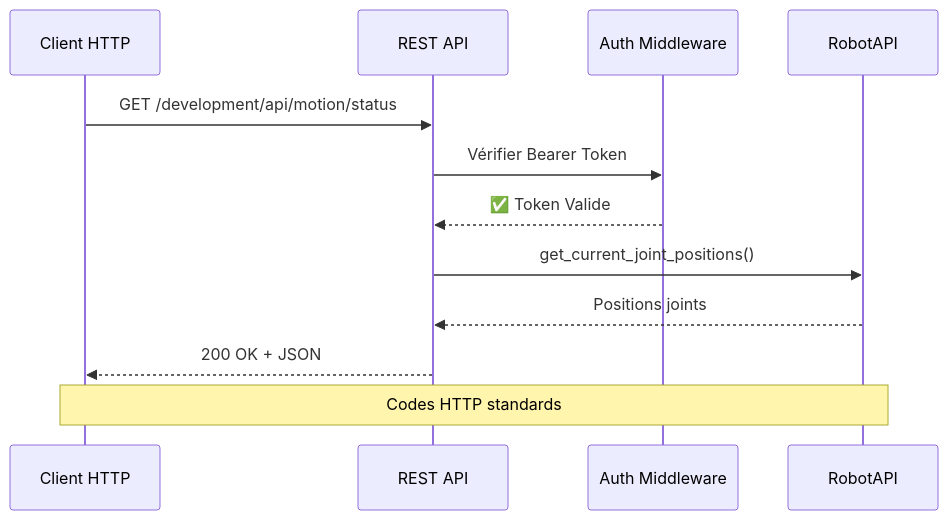
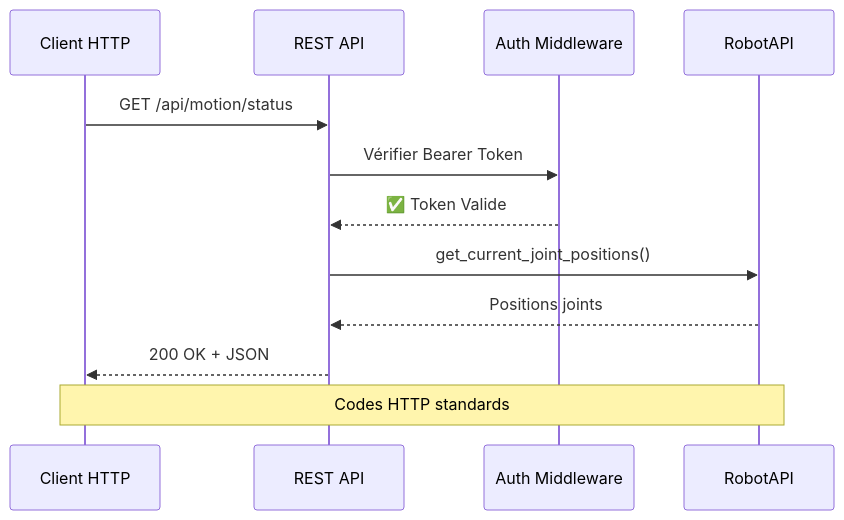
Before and after one commit to arkalia-luna-system/bbia-sim: the second of 4 diagrams in docs/development/api/CONTRATS_REST_WS.md, drawn with Mermaid. The commit also changed other lines of this file and 6 other files, not shown here.

````diff
--- a/docs/development/api/CONTRATS_REST_WS.md
+++ b/docs/development/api/CONTRATS_REST_WS.md
@@ -58,19 +58,19 @@
 ```mermaid
 sequenceDiagram
     participant Client as Client HTTP
     participant API as REST API
     participant Auth as Auth Middleware
     participant Robot as RobotAPI
     
-    Client->>API: GET /development/api/motion/status
+    Client->>API: GET /api/motion/status
     API->>Auth: Vérifier Bearer Token
     Auth-->>API: ✅ Token Valide
     
     API->>Robot: get_current_joint_positions()
     Robot-->>API: Positions joints
     
     API-->>Client: 200 OK + JSON
     
     Note over Client,Robot: Codes HTTP standards
 
 ```
````
